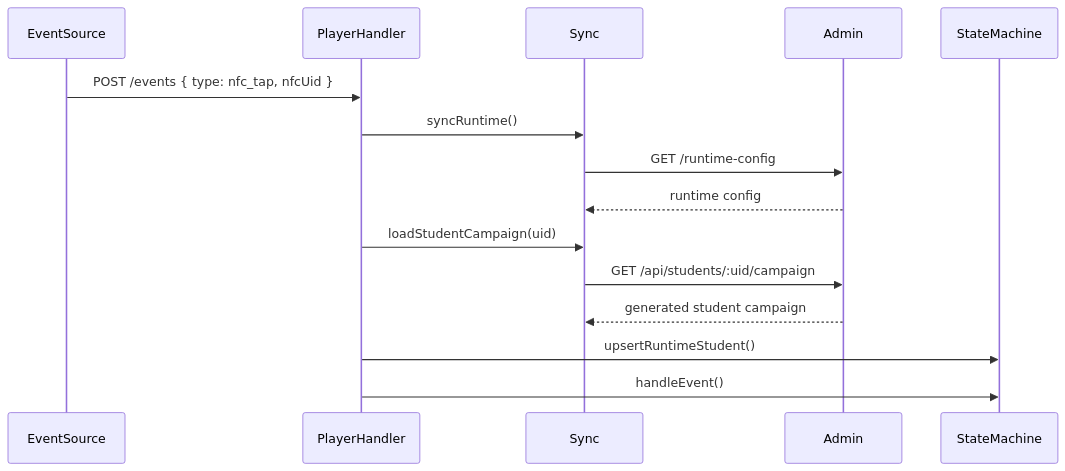
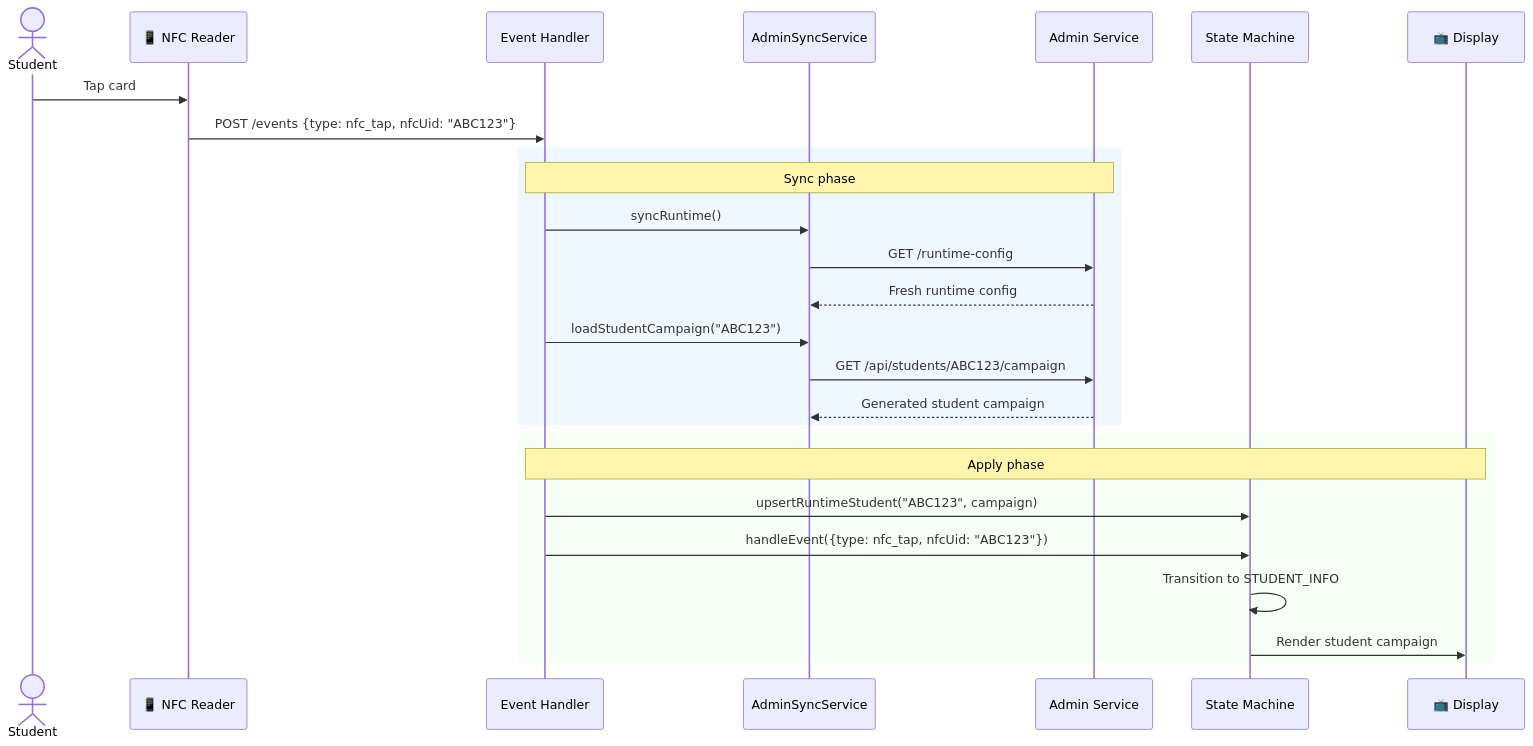
The fourth of 5 diagrams in docs/architecture/player.md (fergouchyahya/IDS), drawn with Mermaid before and after one commit. The commit also changed other lines of this file and 14 other files, not shown here.

````diff
--- a/docs/architecture/player.md
+++ b/docs/architecture/player.md
@@ -109,18 +150,31 @@
 ```mermaid
 sequenceDiagram
-    participant EventSource
-    participant PlayerHandler
-    participant Sync
-    participant Admin
-    participant StateMachine
+    actor Student
+    participant NFC as 📱 NFC Reader
+    participant Handler as Event Handler
+    participant Sync as AdminSyncService
+    participant Admin as Admin Service
+    participant SM as State Machine
+    participant Screen as 📺 Display
 
-    EventSource->>PlayerHandler: POST /events { type: nfc_tap, nfcUid }
-    PlayerHandler->>Sync: syncRuntime()
-    Sync->>Admin: GET /runtime-config
-    Admin-->>Sync: runtime config
-    PlayerHandler->>Sync: loadStudentCampaign(uid)
-    Sync->>Admin: GET /api/students/:uid/campaign
-    Admin-->>Sync: generated student campaign
-    PlayerHandler->>StateMachine: upsertRuntimeStudent()
-    PlayerHandler->>StateMachine: handleEvent()
+    Student->>NFC: Tap card
+    NFC->>Handler: POST /events {type: nfc_tap, nfcUid: "ABC123"}
+
+    rect rgb(240, 248, 255)
+        Note over Handler,Admin: Sync phase
+        Handler->>Sync: syncRuntime()
+        Sync->>Admin: GET /runtime-config
+        Admin-->>Sync: Fresh runtime config
+        Handler->>Sync: loadStudentCampaign("ABC123")
+        Sync->>Admin: GET /api/students/ABC123/campaign
+        Admin-->>Sync: Generated student campaign
+    end
+
+    rect rgb(245, 255, 245)
+        Note over Handler,Screen: Apply phase
+        Handler->>SM: upsertRuntimeStudent("ABC123", campaign)
+        Handler->>SM: handleEvent({type: nfc_tap, nfcUid: "ABC123"})
+        SM->>SM: Transition to STUDENT_INFO
+        SM->>Screen: Render student campaign
+    end
 ```
````
